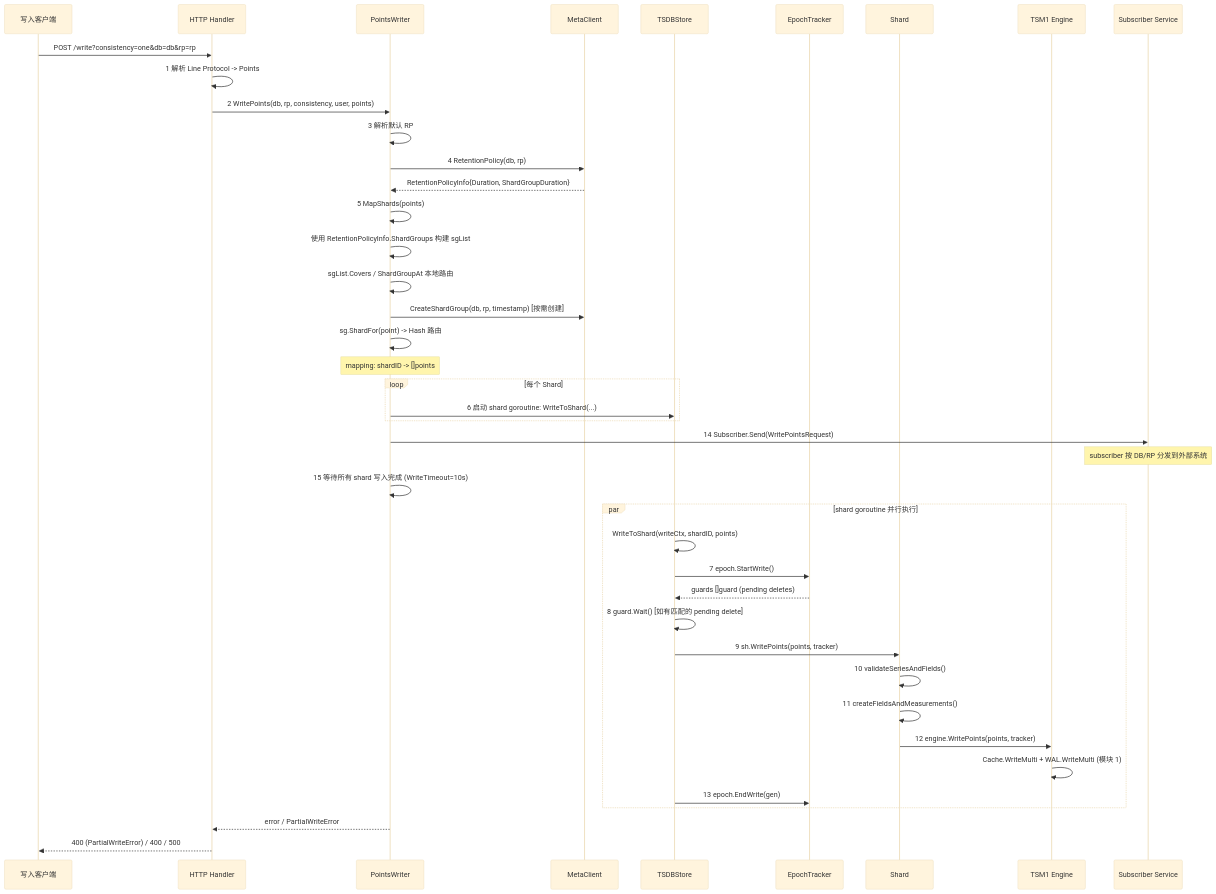
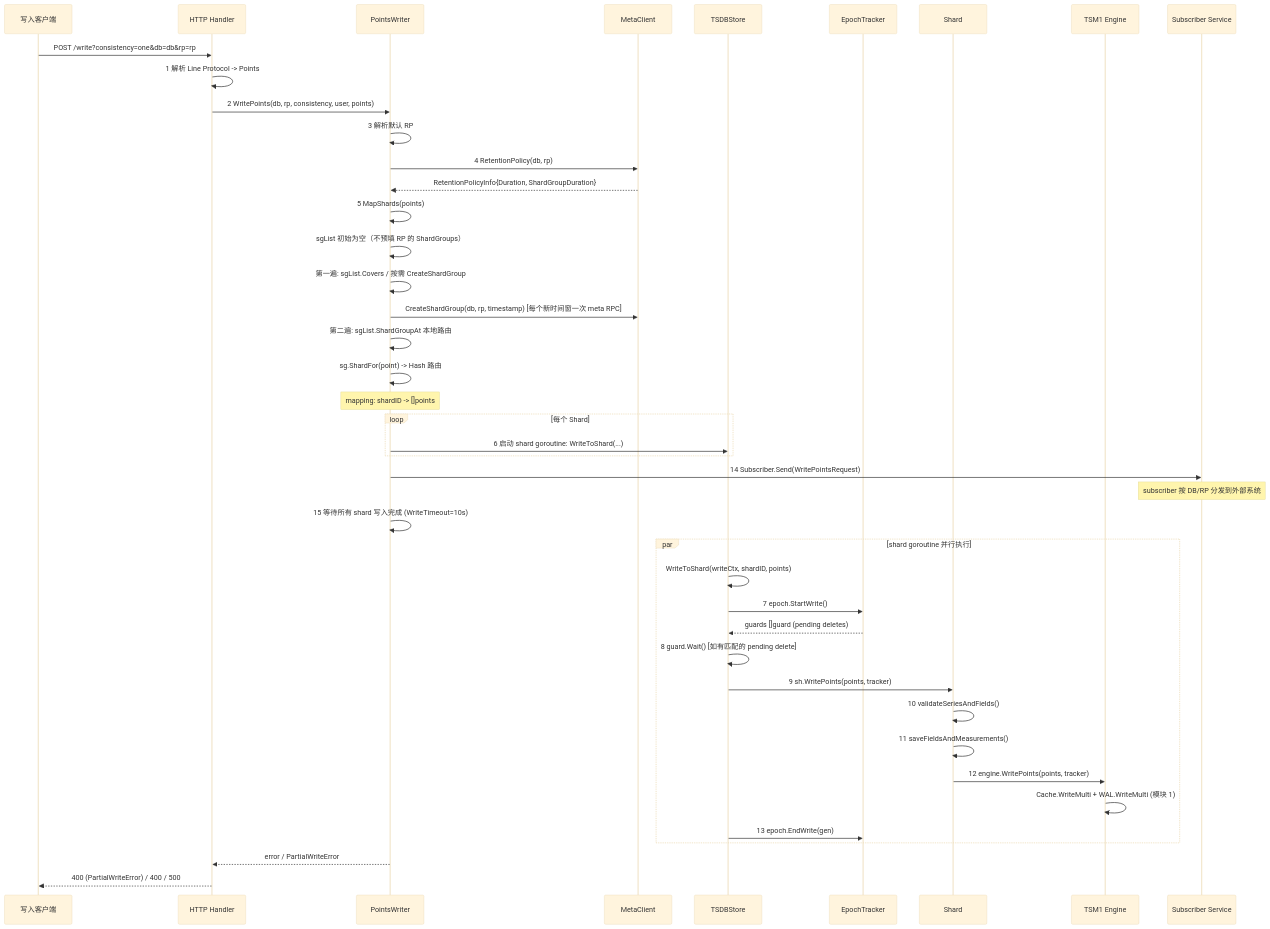
The first of 15 diagrams in docs/specs/06_cluster_communication_spec.md (stefanv5/influxdb), drawn with Mermaid (base theme) before and after one commit. The commit also changed other lines of this file and 16 other files, not shown here.

First line of the commit message:
docs: correct and deepen the 17 architecture specs

````diff
--- a/docs/specs/06_cluster_communication_spec.md
+++ b/docs/specs/06_cluster_communication_spec.md
@@ -18,51 +18,52 @@
 ```mermaid
 sequenceDiagram
     participant Client as 写入客户端
     participant HTTP as HTTP Handler
     participant PW as PointsWriter
     participant Meta as MetaClient
     participant TSDB as TSDBStore
     participant Epoch as EpochTracker
     participant Shard as Shard
     participant Engine as TSM1 Engine
     participant Sub as Subscriber Service
 
     Client->>HTTP: POST /write?consistency=one&db=db&rp=rp
     HTTP->>HTTP: 1 解析 Line Protocol -> Points
     HTTP->>PW: 2 WritePoints(db, rp, consistency, user, points)
 
     PW->>PW: 3 解析默认 RP
     PW->>Meta: 4 RetentionPolicy(db, rp)
     Meta-->>PW: RetentionPolicyInfo{Duration, ShardGroupDuration}
 
     PW->>PW: 5 MapShards(points)
-    PW->>PW: 使用 RetentionPolicyInfo.ShardGroups 构建 sgList
-    PW->>PW: sgList.Covers / ShardGroupAt 本地路由
-    PW->>Meta: CreateShardGroup(db, rp, timestamp) [按需创建]
+    PW->>PW: sgList 初始为空（不预填 RP 的 ShardGroups）
+    PW->>PW: 第一遍: sgList.Covers / 按需 CreateShardGroup
+    PW->>Meta: CreateShardGroup(db, rp, timestamp) [每个新时间窗一次 meta RPC]
+    PW->>PW: 第二遍: sgList.ShardGroupAt 本地路由
     PW->>PW: sg.ShardFor(point) -> Hash 路由
     Note over PW: mapping: shardID -> []points
 
     loop 每个 Shard
         PW->>TSDB: 6 启动 shard goroutine: WriteToShard(...)
     end
 
     PW->>Sub: 14 Subscriber.Send(WritePointsRequest)
     Note over Sub: subscriber 按 DB/RP 分发到外部系统
 
     PW->>PW: 15 等待所有 shard 写入完成 (WriteTimeout=10s)
 
     par shard goroutine 并行执行
         TSDB->>TSDB: WriteToShard(writeCtx, shardID, points)
         TSDB->>Epoch: 7 epoch.StartWrite()
         Epoch-->>TSDB: guards []guard (pending deletes)
         TSDB->>TSDB: 8 guard.Wait() [如有匹配的 pending delete]
         TSDB->>Shard: 9 sh.WritePoints(points, tracker)
         Shard->>Shard: 10 validateSeriesAndFields()
-        Shard->>Shard: 11 createFieldsAndMeasurements()
+        Shard->>Shard: 11 saveFieldsAndMeasurements()
         Shard->>Engine: 12 engine.WritePoints(points, tracker)
         Engine->>Engine: Cache.WriteMulti + WAL.WriteMulti (模块 1)
         TSDB->>Epoch: 13 epoch.EndWrite(gen)
     end
     PW-->>HTTP: error / PartialWriteError
     HTTP-->>Client: 400 (PartialWriteError) / 400 / 500
 ```
````
